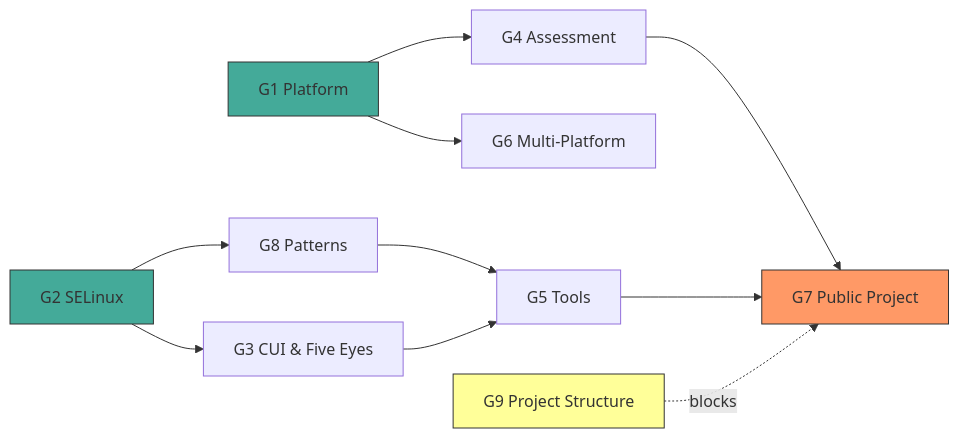
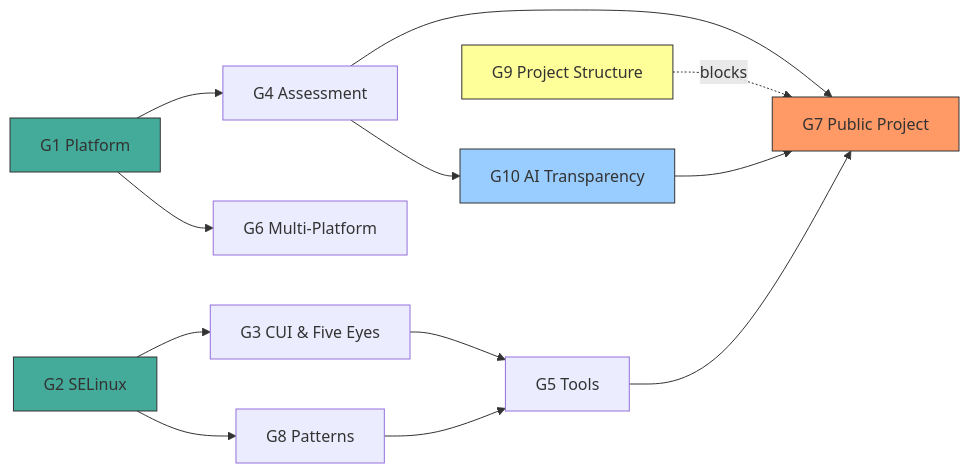
The diagram in .claude/ROADMAP.md (jamieadams-nerd/umrs-project), drawn with Mermaid before and after one commit. The commit also changed other lines of this file and 27 other files, not shown here.

````diff
--- a/.claude/ROADMAP.md
+++ b/.claude/ROADMAP.md
@@ -38,17 +39,20 @@
 ```mermaid
 graph LR
     G1[G1 Platform] --> G4[G4 Assessment]
     G1 --> G6[G6 Multi-Platform]
     G2[G2 SELinux] --> G3[G3 CUI & Five Eyes]
     G2 --> G8[G8 Patterns]
     G8 --> G5[G5 Tools]
     G3 --> G5
     G4 --> G7[G7 Public Project]
     G5 --> G7
     G9[G9 Project Structure] -.->|blocks| G7
+    G4 --> G10[G10 AI Transparency]
+    G10 --> G7
 
     style G1 fill:#4a9,stroke:#333
     style G2 fill:#4a9,stroke:#333
     style G7 fill:#f96,stroke:#333
     style G9 fill:#ff9,stroke:#333
+    style G10 fill:#9cf,stroke:#333
 ```
````
